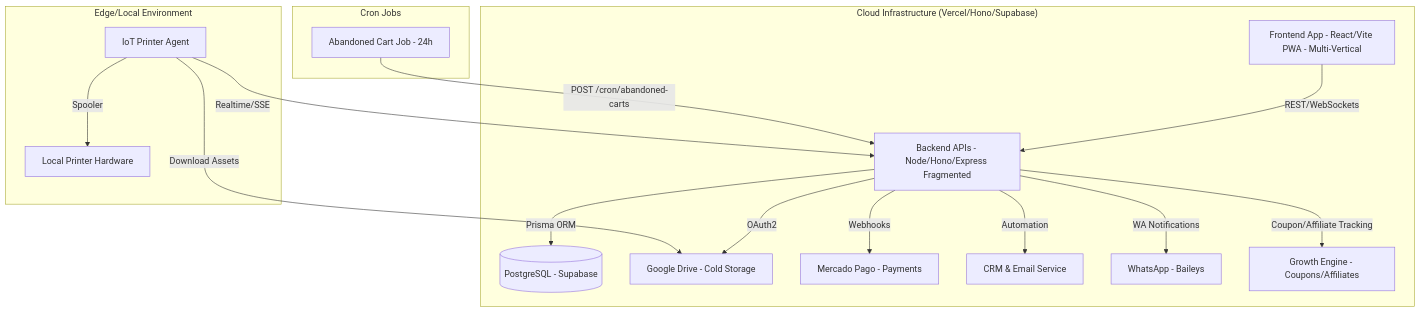
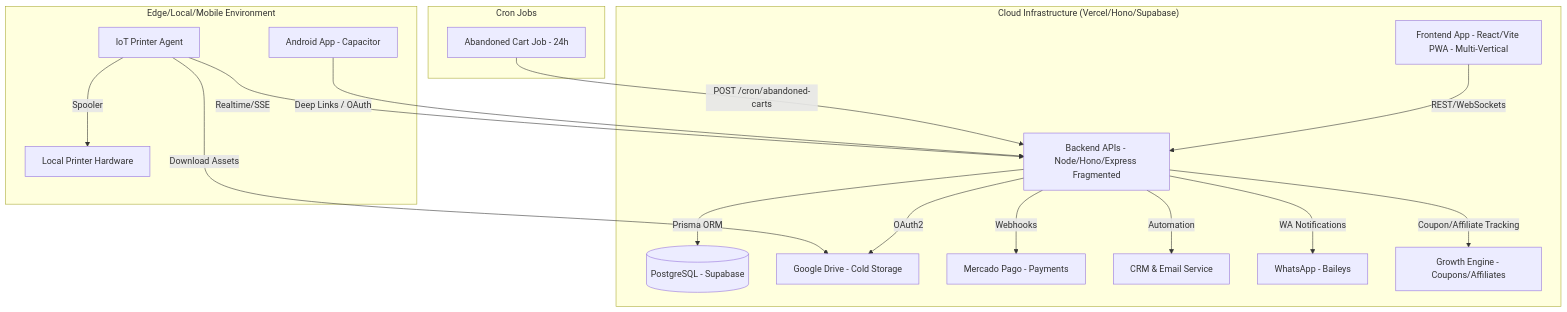
One commit to entrelenteselugares/FS changed the diagram in docs/ARCHITECTURE.md. Above: the diagram before and after it, drawn with Mermaid. The commit also changed other lines of this file and 5 other files, not shown here.

````diff
--- a/docs/ARCHITECTURE.md
+++ b/docs/ARCHITECTURE.md
@@ -122,34 +122,36 @@
 ```mermaid
 graph TD
     subgraph "Cloud Infrastructure (Vercel/Hono/Supabase)"
         A[Frontend App - React/Vite PWA - Multi-Vertical]
         B[Backend APIs - Node/Hono/Express Fragmented]
         C[(PostgreSQL - Supabase)]
         D[Google Drive - Cold Storage]
         E[Mercado Pago - Payments]
         H[CRM & Email Service]
         I[WhatsApp - Baileys]
         J[Growth Engine - Coupons/Affiliates]
     end
 
-    subgraph "Edge/Local Environment"
+    subgraph "Edge/Local/Mobile Environment"
         F[IoT Printer Agent]
         G[Local Printer Hardware]
+        M[Android App - Capacitor]
     end
 
     subgraph "Cron Jobs"
         K[Abandoned Cart Job - 24h]
     end
 
     A -- REST/WebSockets --> B
+    M -- Deep Links / OAuth --> B
     B -- Prisma ORM --> C
     B -- OAuth2 --> D
     B -- Webhooks --> E
     B -- Automation --> H
     B -- WA Notifications --> I
     B -- Coupon/Affiliate Tracking --> J
     F -- Realtime/SSE --> B
     F -- Download Assets --> D
     F -- Spooler --> G
     K -- POST /cron/abandoned-carts --> B
 ```
````
